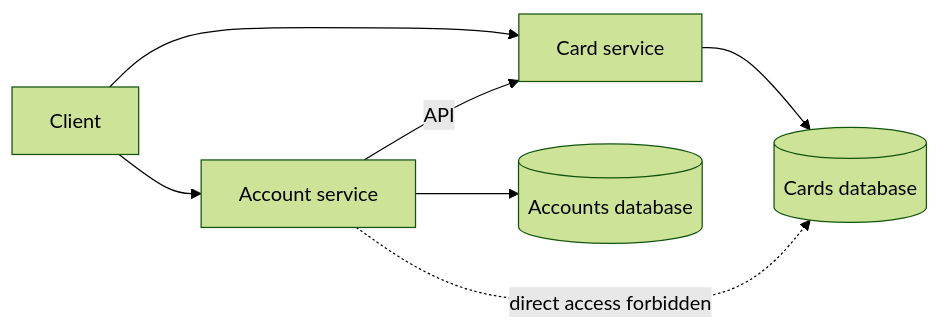
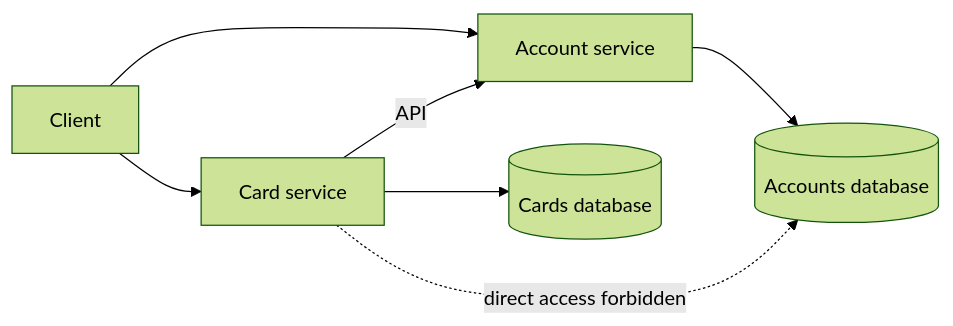
Before and after one commit to alancesar/design-patterns: the diagram in i18n/en/docusaurus-plugin-content-docs/current/architecture/microservices/service-collaboration/database-per-service.md, drawn with Mermaid (forest theme). The commit also changed other lines of this file and 28 other files, not shown here.

Commit message:
Fix diagram review findings in microservices, eip, cloud and agent patterns

````diff
--- a/i18n/en/docusaurus-plugin-content-docs/current/architecture/microservices/service-collaboration/database-per-service.md
+++ b/i18n/en/docusaurus-plugin-content-docs/current/architecture/microservices/service-collaboration/database-per-service.md
@@ -57,9 +57,9 @@
 ```mermaid
 flowchart LR
     C["Client"] --> ACC["Account service"]
     C --> CS["Card service"]
     ACC --> ADB[("Accounts database")]
     CS --> CDB[("Cards database")]
-    ACC -->|"API"| CS
-    ACC -.->|"direct access forbidden"| CDB
+    CS -->|"API"| ACC
+    CS -.->|"direct access forbidden"| ADB
 ```
````
